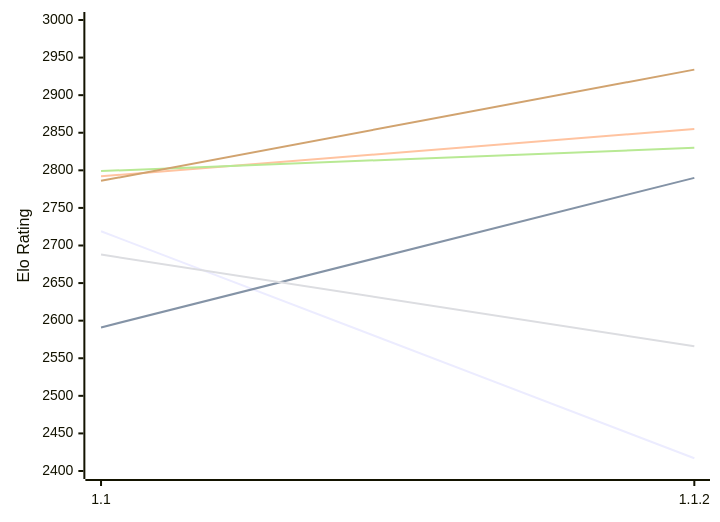
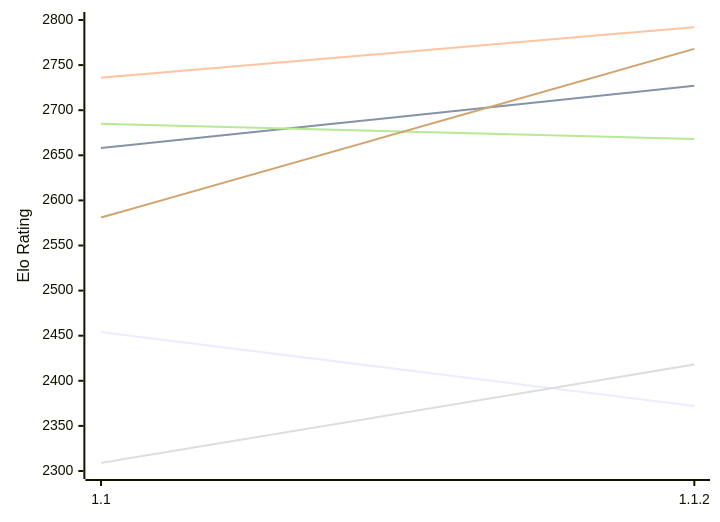
Before and after one commit to computer-chess-index/cci: the first of 2 diagrams in engines/Casanchess.md, drawn with Mermaid. The commit also changed other lines of this file, not shown here.

Commit message:
Update CCI Ratings (ELO VLTC) - 2026-11-13

````diff
--- a/engines/Casanchess.md
+++ b/engines/Casanchess.md
@@ -51,12 +51,12 @@
 ```mermaid
 %%{init: {"theme":"base","themeVariables":{"seriesColors:['#a3a3a3','#222221','#faa371']}}}%%
 xychart-beta
   x-axis ["1.1", "1.1.2"]
-  y-axis "Elo Rating" 2400 --> 3000
-  line "E1: STC (8.0+0.08s)" [2719, 2417]
-  line "E1: LTC (60.0+0.60s)" [2591, 2790]
-  line "E1: VLTC (2m24s+1.12s)" [2792, 2855]
-  line "P1: STC (8.0+0.08s)" [2688, 2566]
-  line "P1: LTC (60.0+0.60s)" [2799, 2830]
-  line "P1: VLTC (2m24s+1.12s)" [2786, 2934]
+  y-axis "Elo Rating" 2300 --> 2800
+  line "E1: STC (8.0+0.08s)" [2454, 2372]
+  line "E1: LTC (60.0+0.60s)" [2658, 2727]
+  line "E1: VLTC (2m24s+1.12s)" [2736, 2792]
+  line "P1: STC (8.0+0.08s)" [2309, 2418]
+  line "P1: LTC (60.0+0.60s)" [2685, 2668]
+  line "P1: VLTC (2m24s+1.12s)" [2581, 2768]
 ```
````
